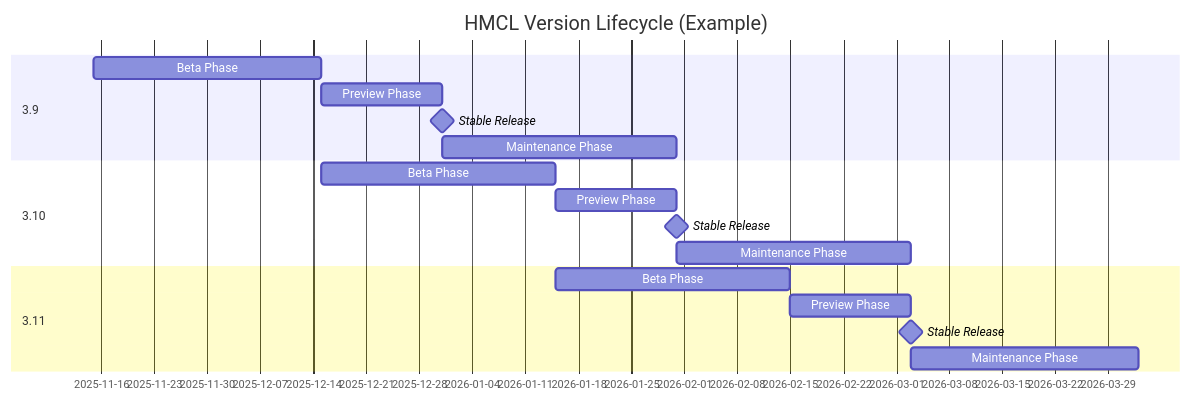
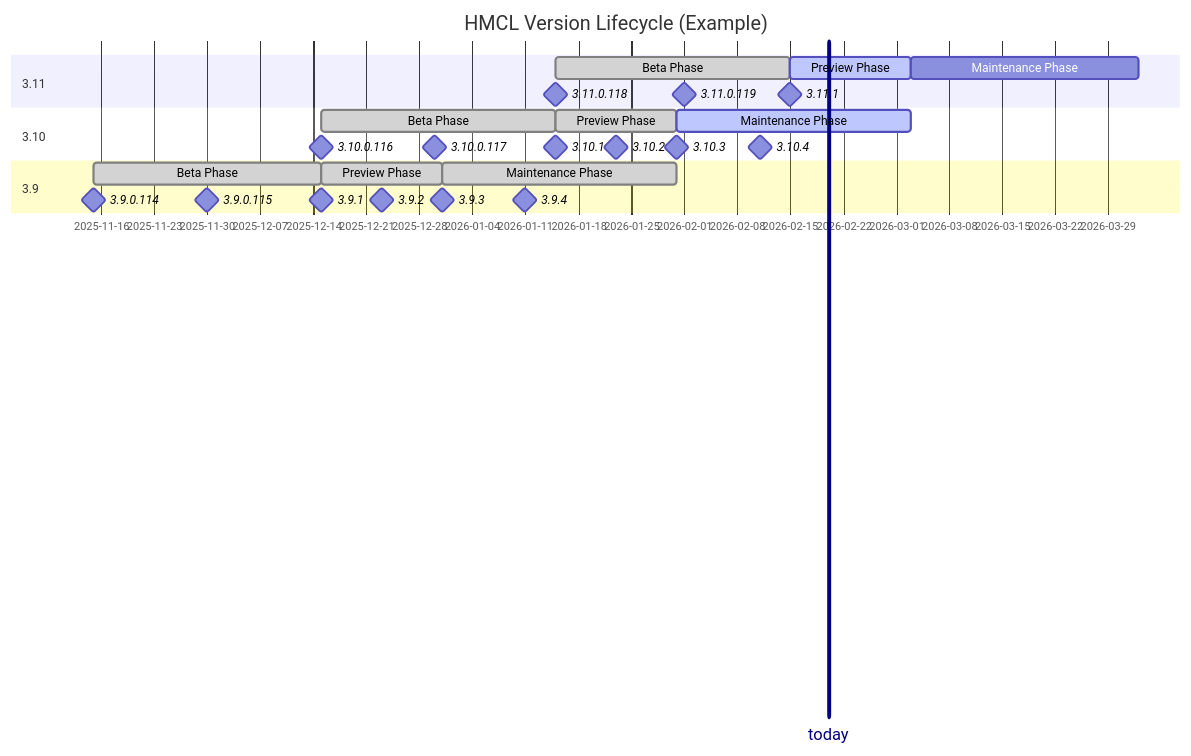
One commit to HMCL-dev/HMCL changed the diagram in docs/ReleaseSchedule.md. Above: the diagram before and after it, drawn with Mermaid. The commit also changed 2 other files, not shown here.

Commit message:
优化文档中的版本声明周期示例 (#5920)

````diff
--- a/docs/ReleaseSchedule.md
+++ b/docs/ReleaseSchedule.md
@@ -49,19 +49,35 @@
 ```mermaid
+---
+displayMode: compact
+---
 gantt
     title HMCL Version Lifecycle (Example)
+    section 3.11
+        today: vert, 2026-02-20, 0d
+        Beta Phase: done, c1, after b1, 31d
+        Preview Phase: active, c2, after c1, 16d
+        Maintenance Phase: c3, after c2, 30d
+        3.11.0.118: milestone, after b1, 0d
+        3.11.0.119: milestone, 2026-02-01, 0d
+        3.11.1: milestone, after c1, 0d
+    section 3.10
+        Beta Phase: done, b1, after a1, 31d
+        Preview Phase: done, b2, after b1, 16d
+        Maintenance Phase: active, b3, after b2, 31d
+        3.10.0.116: milestone, after a1, 0d
+        3.10.0.117: milestone, 2025-12-30, 0d
+        3.10.1: milestone, after b1, 0d
+        3.10.2: milestone, 2026-01-23, 0d
+        3.10.3: milestone, after b2, 0d
+        3.10.4: milestone, 2026-02-11, 0d
     section 3.9
-        Beta Phase: a1, 2025-11-15, 30d
-        Preview Phase: a2, after a1, 16d
-        Stable Release: milestone, after a2, 0d
-        Maintenance Phase: a3, after a2, 31d
-    section 3.10
-        Beta Phase: b1, after a1, 31d
-        Preview Phase: b2, after b1, 16d
-        Stable Release: milestone, after b2, 0d
-        Maintenance Phase: b3, after b2, 31d
-    section 3.11
-        Beta Phase: c1, after b1, 31d
-        Preview Phase: c2, after c1, 16d
-        Stable Release: milestone, after c2, 0d
-        Maintenance Phase: c3, after c2, 30d
+        Beta Phase: done, a1, 2025-11-15, 30d
+        Preview Phase: done, a2, after a1, 16d
+        Maintenance Phase: done, a3, after a2, 31d
+        3.9.0.114: milestone, 2025-11-15, 0d
+        3.9.0.115: milestone, 2025-11-30, 0d
+        3.9.1: milestone, after a1, 0d
+        3.9.2: milestone, 2025-12-23, 0d
+        3.9.3: milestone, after a2, 0d
+        3.9.4: milestone, 2026-01-11, 0d
 ```
````
